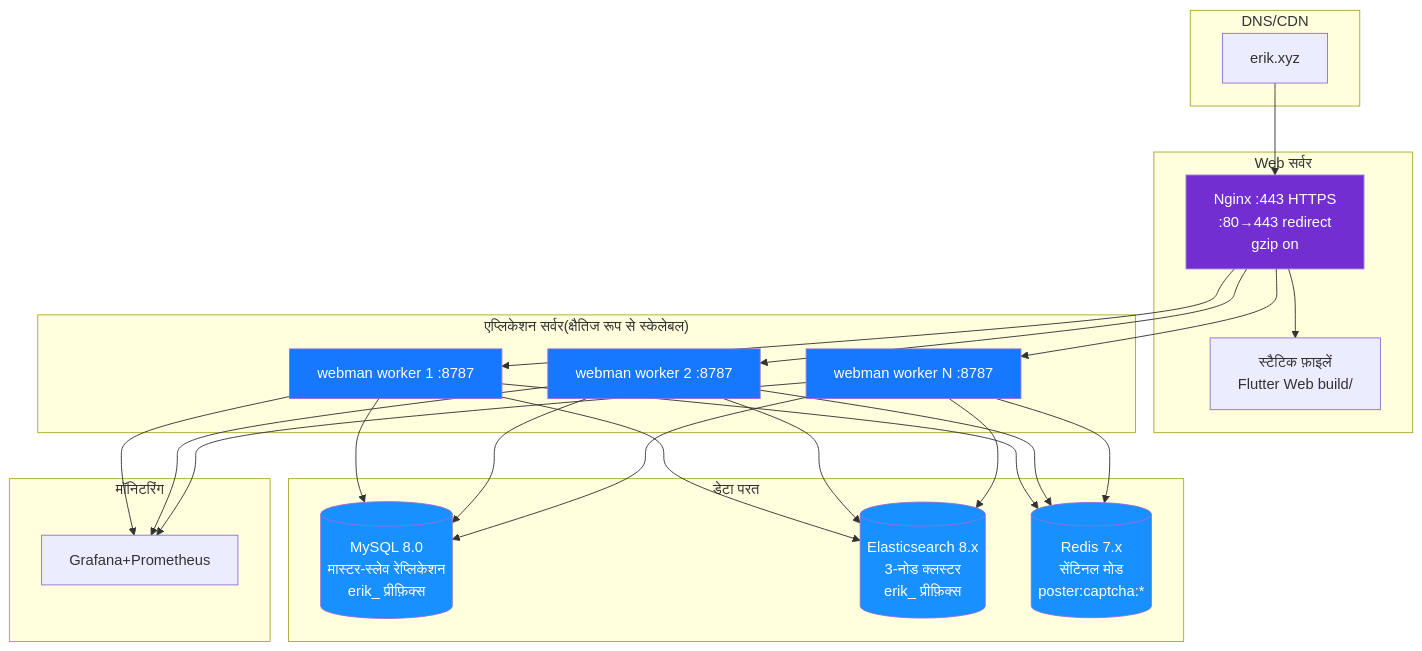
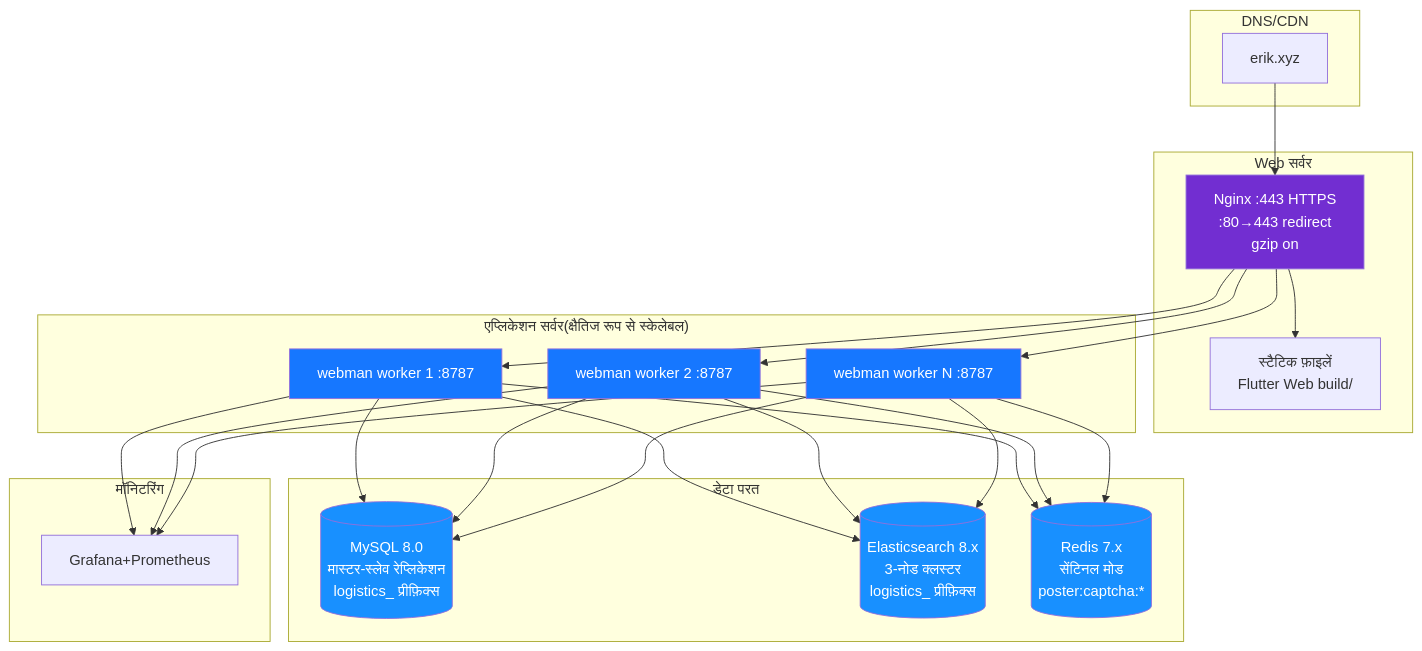
One commit to erikwang2013/integrated-global-logistics changed the diagram in admin/docs/diagrams/12-deployment.hi.md. Above: the diagram before and after it, drawn with Mermaid. The commit also changed 211 other files, not shown here.

````diff
--- a/admin/docs/diagrams/12-deployment.hi.md
+++ b/admin/docs/diagrams/12-deployment.hi.md
@@ -7,45 +7,45 @@
 ```mermaid
 flowchart TB
     subgraph dns["DNS/CDN"]
         domain["erik.xyz"]
     end
 
     subgraph web["Web सर्वर"]
         nginx["Nginx :443 HTTPS<br/>:80→443 redirect<br/>gzip on"]
         static["स्टैटिक फ़ाइलें<br/>Flutter Web build/"]
     end
 
     subgraph app["एप्लिकेशन सर्वर(क्षैतिज रूप से स्केलेबल)"]
         wm1["webman worker 1 :8787"]
         wm2["webman worker 2 :8787"]
         wm3["webman worker N :8787"]
     end
 
     subgraph data["डेटा परत"]
-        mysql[("MySQL 8.0<br/>मास्टर-स्लेव रेप्लिकेशन<br/>erik_ प्रीफ़िक्स")]
-        es[("Elasticsearch 8.x<br/>3-नोड क्लस्टर<br/>erik_ प्रीफ़िक्स")]
+        mysql[("MySQL 8.0<br/>मास्टर-स्लेव रेप्लिकेशन<br/>logistics_ प्रीफ़िक्स")]
+        es[("Elasticsearch 8.x<br/>3-नोड क्लस्टर<br/>logistics_ प्रीफ़िक्स")]
         redis[("Redis 7.x<br/>सेंटिनल मोड<br/>poster:captcha:*")]
     end
 
     subgraph monitor["मॉनिटरिंग"]
         grafana["Grafana+Prometheus"]
     end
 
     domain --> nginx
     nginx --> static
     nginx --> wm1
     nginx --> wm2
     nginx --> wm3
     wm1 & wm2 & wm3 --> mysql
     wm1 & wm2 & wm3 --> es
     wm1 & wm2 & wm3 --> redis
     wm1 & wm2 & wm3 --> grafana
 
     style nginx fill:#722ED1,color:#fff
     style wm1 fill:#1677FF,color:#fff
     style wm2 fill:#1677FF,color:#fff
     style wm3 fill:#1677FF,color:#fff
     style mysql fill:#1890FF,color:#fff
     style es fill:#1890FF,color:#fff
     style redis fill:#1890FF,color:#fff
 ```
````
